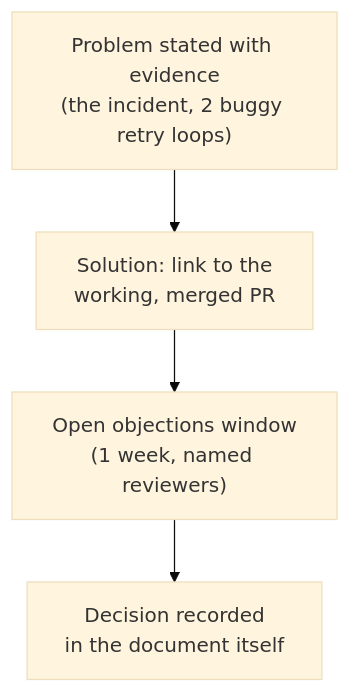
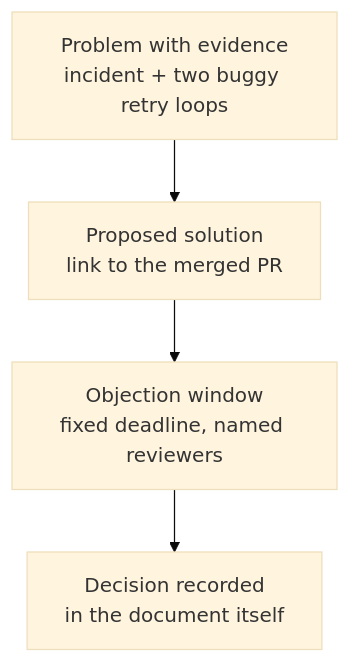
The diagram in src/content/git-teamwork/technical-leadership/L2-concept.mdx (francoandreDev/knowledge), drawn with Mermaid (base theme) before and after one commit. The commit also changed other lines of this file and 3 other files, not shown here.

````diff
--- a/src/content/git-teamwork/technical-leadership/L2-concept.mdx
+++ b/src/content/git-teamwork/technical-leadership/L2-concept.mdx
@@ -72,6 +75,6 @@
 ```mermaid
 flowchart TD
-    P["Problem stated with evidence\n(the incident, 2 buggy retry loops)"] --> S["Solution: link to the\nworking, merged PR"]
-    S --> O["Open objections window\n(1 week, named reviewers)"]
-    O --> D["Decision recorded\nin the document itself"]
+    P["Problem with evidence<br/>incident + two buggy retry loops"] --> S["Proposed solution<br/>link to the merged PR"]
+    S --> O["Objection window<br/>fixed deadline, named reviewers"]
+    O --> D["Decision recorded<br/>in the document itself"]
 ```
````
